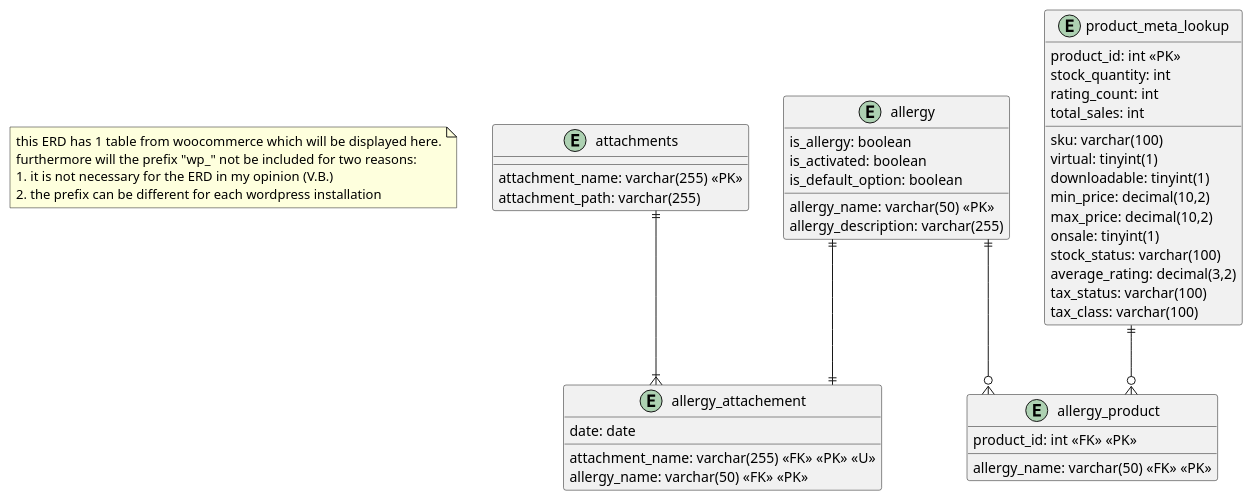
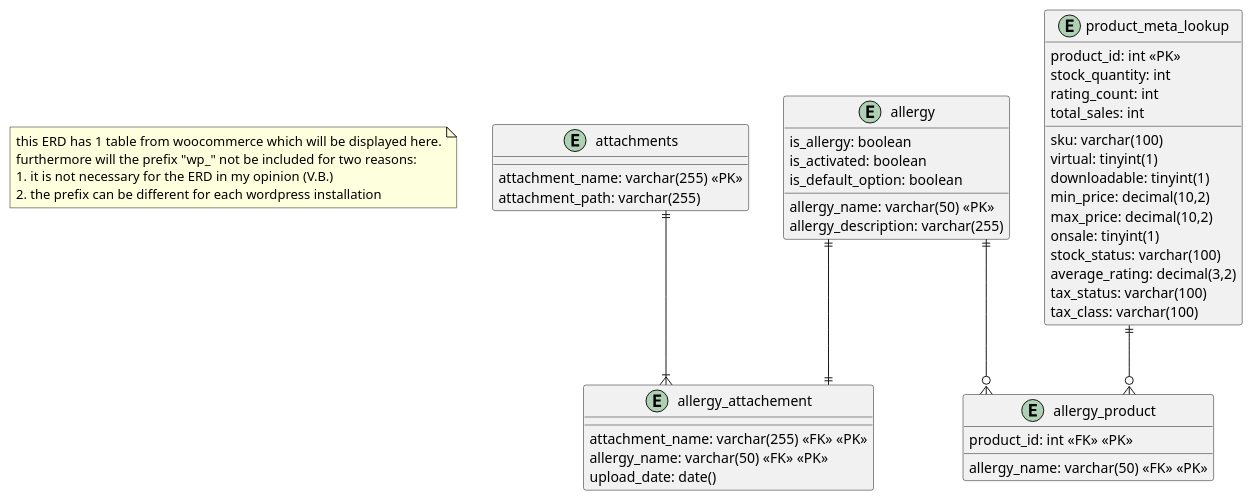
The diagram in UML/ERD.puml (VerdiB/wp_allergenen_free), drawn with PlantUML before and after one commit. The commit also changed 1 other file, not shown here.

Commit message:
Small changes to diagrams

```diff
--- a/UML/ERD.puml
+++ b/UML/ERD.puml
@@ -2,56 +2,56 @@
 @startuml db-design
 skinparam Linetype ortho
 note as N1
 this ERD has 1 table from woocommerce which will be displayed here.
 furthermore will the prefix "wp_" not be included for two reasons:
 1. it is not necessary for the ERD in my opinion (V.B.)
 2. the prefix can be different for each wordpress installation
 end note
 
 entity "allergy"{
    allergy_name: varchar(50) <<PK>>
    allergy_description: varchar(255)
    is_allergy: boolean   
    is_activated: boolean
    is_default_option: boolean
 }
 
 entity "attachments"{
     attachment_name: varchar(255) <<PK>>
     attachment_path: varchar(255)
 }
 
 entity "allergy_attachement"{
-    attachment_name: varchar(255) <<FK>> <<PK>> <<U>>
+    attachment_name: varchar(255) <<FK>> <<PK>>
     allergy_name: varchar(50) <<FK>> <<PK>>
-    date: date
+    upload_date: date()
 } 
 
 entity "allergy_product"{
    product_id: int <<FK>> <<PK>>
    allergy_name: varchar(50) <<FK>> <<PK>>
 }
 
 entity "product_meta_lookup"{
     product_id: int <<PK>>
     sku: varchar(100)
     virtual: tinyint(1)
     downloadable: tinyint(1)
     min_price: decimal(10,2)
     max_price: decimal(10,2)
     onsale: tinyint(1)
     stock_quantity: int
     stock_status: varchar(100)
     rating_count: int
     average_rating: decimal(3,2)
     total_sales: int
     tax_status: varchar(100)
     tax_class: varchar(100)
 }
 
 allergy ||--o{ allergy_product
 allergy ||--|| allergy_attachement
 attachments ||--|{ allergy_attachement
 product_meta_lookup ||--o{ allergy_product
 
 @enduml
```
